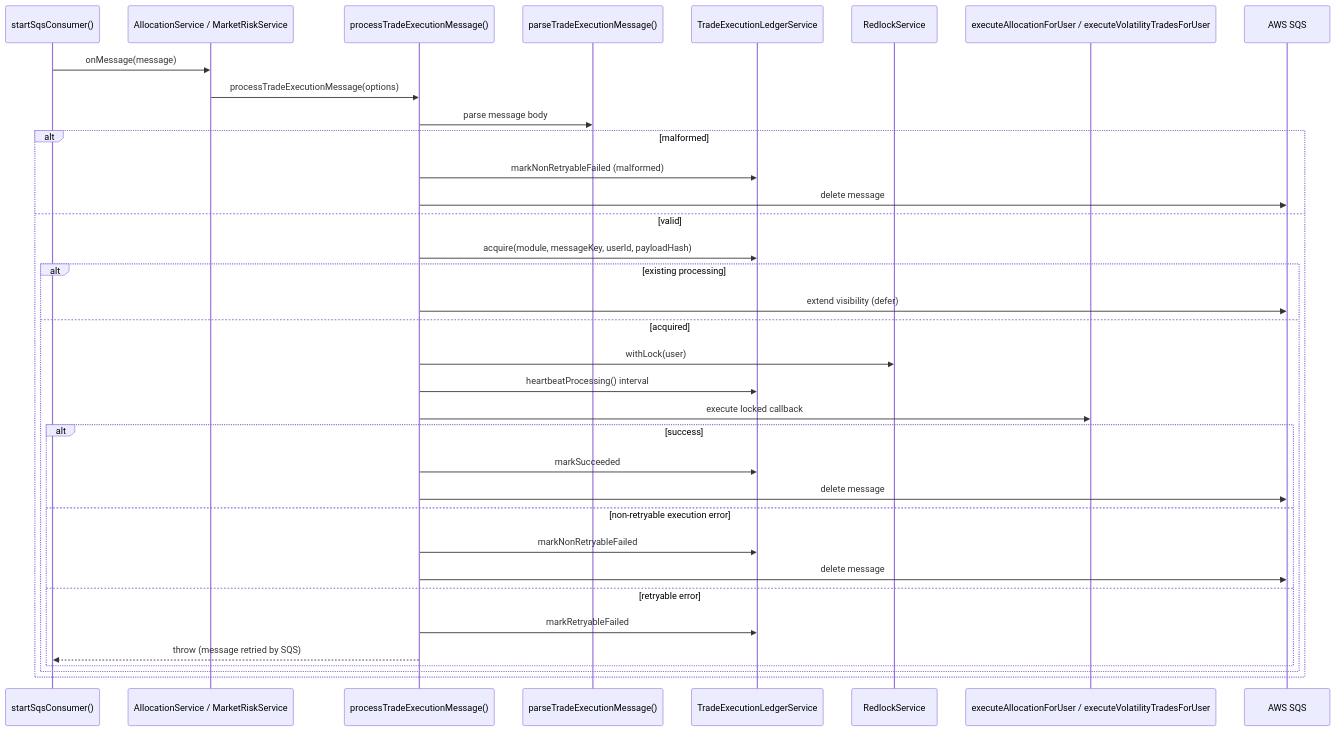
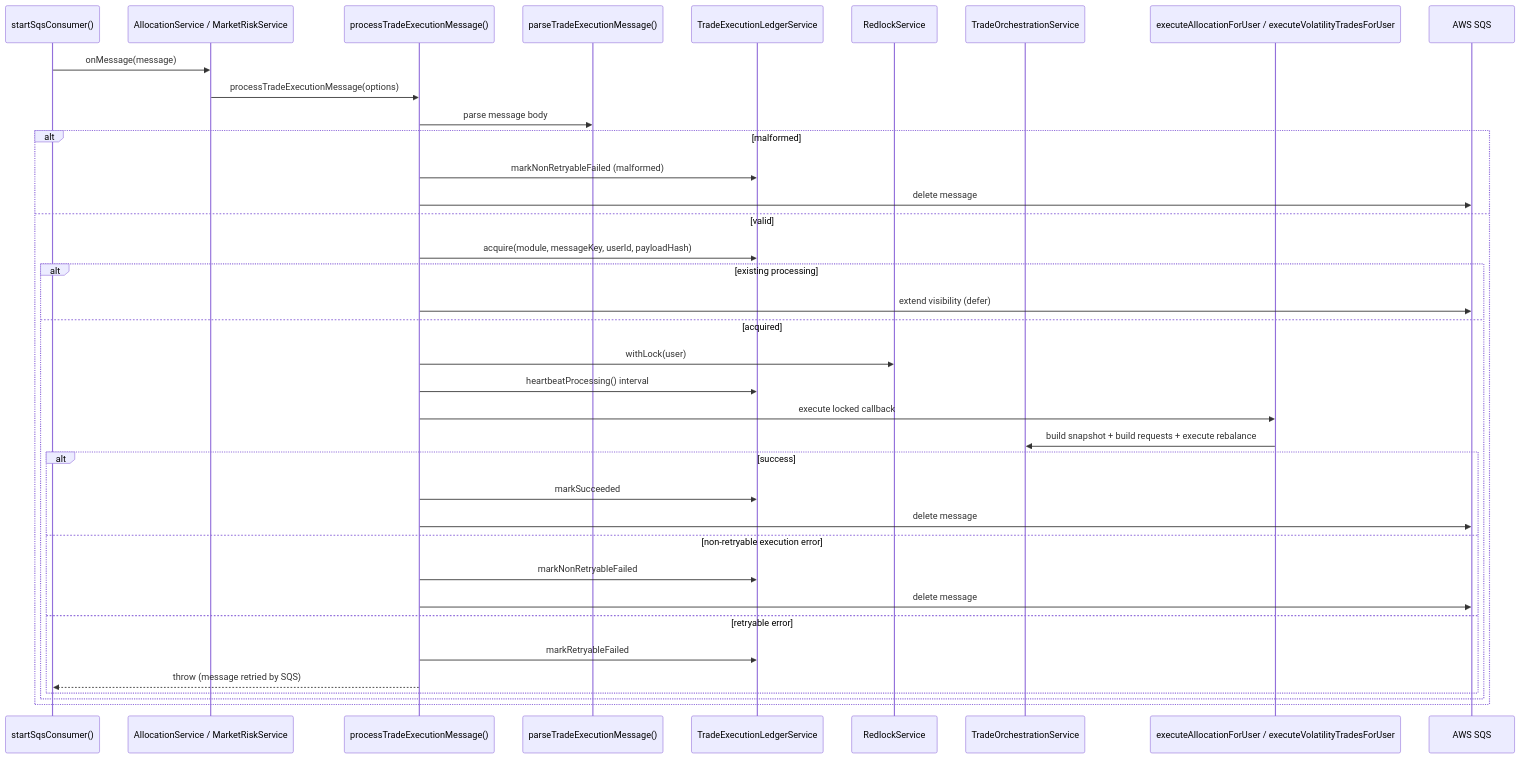
Before and after one commit to eunsoogi/kkalla: the seventh of 12 diagrams in api/docs/architecture/system-structure.md, drawn with Mermaid. The commit also changed other lines of this file and 110 other files, not shown here.

First line of the commit message:
fix(api): stabilize shared allocation and market-risk trade orchestration (#802)

````diff
--- a/api/docs/architecture/system-structure.md
+++ b/api/docs/architecture/system-structure.md
@@ -326,38 +343,40 @@
 ```mermaid
 sequenceDiagram
   participant Consumer as startSqsConsumer()
   participant Service as AllocationService / MarketRiskService
   participant Pipeline as processTradeExecutionMessage()
   participant Parser as parseTradeExecutionMessage()
   participant Ledger as TradeExecutionLedgerService
   participant Lock as RedlockService
+  participant Orchestrator as TradeOrchestrationService
   participant Exec as executeAllocationForUser / executeVolatilityTradesForUser
   participant SQS as AWS SQS
 
   Consumer->>Service: onMessage(message)
   Service->>Pipeline: processTradeExecutionMessage(options)
   Pipeline->>Parser: parse message body
   alt malformed
     Pipeline->>Ledger: markNonRetryableFailed (malformed)
     Pipeline->>SQS: delete message
   else valid
     Pipeline->>Ledger: acquire(module, messageKey, userId, payloadHash)
     alt existing processing
       Pipeline->>SQS: extend visibility (defer)
     else acquired
       Pipeline->>Lock: withLock(user)
       Pipeline->>Ledger: heartbeatProcessing() interval
       Pipeline->>Exec: execute locked callback
+      Exec->>Orchestrator: build snapshot + build requests + execute rebalance
       alt success
         Pipeline->>Ledger: markSucceeded
         Pipeline->>SQS: delete message
       else non-retryable execution error
         Pipeline->>Ledger: markNonRetryableFailed
         Pipeline->>SQS: delete message
       else retryable error
         Pipeline->>Ledger: markRetryableFailed
         Pipeline-->>Consumer: throw (message retried by SQS)
       end
     end
   end
 ```
````
